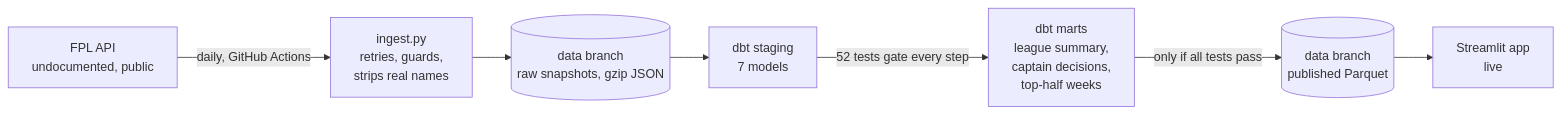
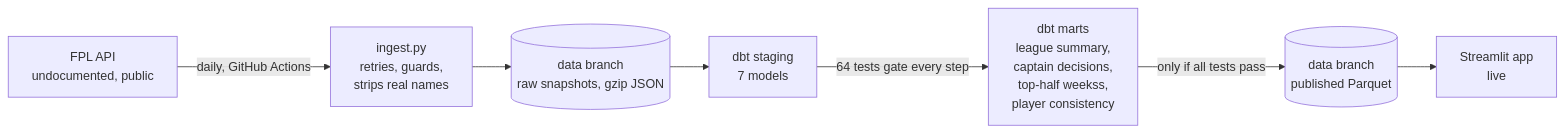
One commit to Hesh18/Fpl-Mini-League-Analysis changed the diagram in README.md. Above: the diagram before and after it, drawn with Mermaid. The commit also changed other lines of this file and 6 other files, not shown here.

Commit message:
Add a player consistency mart (#10)

````diff
--- a/README.md
+++ b/README.md
@@ -31,9 +31,9 @@
 ```mermaid
 flowchart LR
     API["FPL API<br/>undocumented, public"] -->|daily, GitHub Actions| ING["ingest.py<br/>retries, guards,<br/>strips real names"]
     ING --> RAW[("data branch<br/>raw snapshots, gzip JSON")]
     RAW --> STG["dbt staging<br/>7 models"]
-    STG -->|52 tests gate every step| MART["dbt marts<br/>league summary,<br/>captain decisions,<br/>top-half weeks"]
+    STG -->|64 tests gate every step| MART["dbt marts<br/>league summary,<br/>captain decisions,<br/>top-half weekss,<br/>player consistency"]
     MART -->|only if all tests pass| PUB[("data branch<br/>published Parquet")]
     PUB --> APP["Streamlit app<br/>live"]
 ```
````
